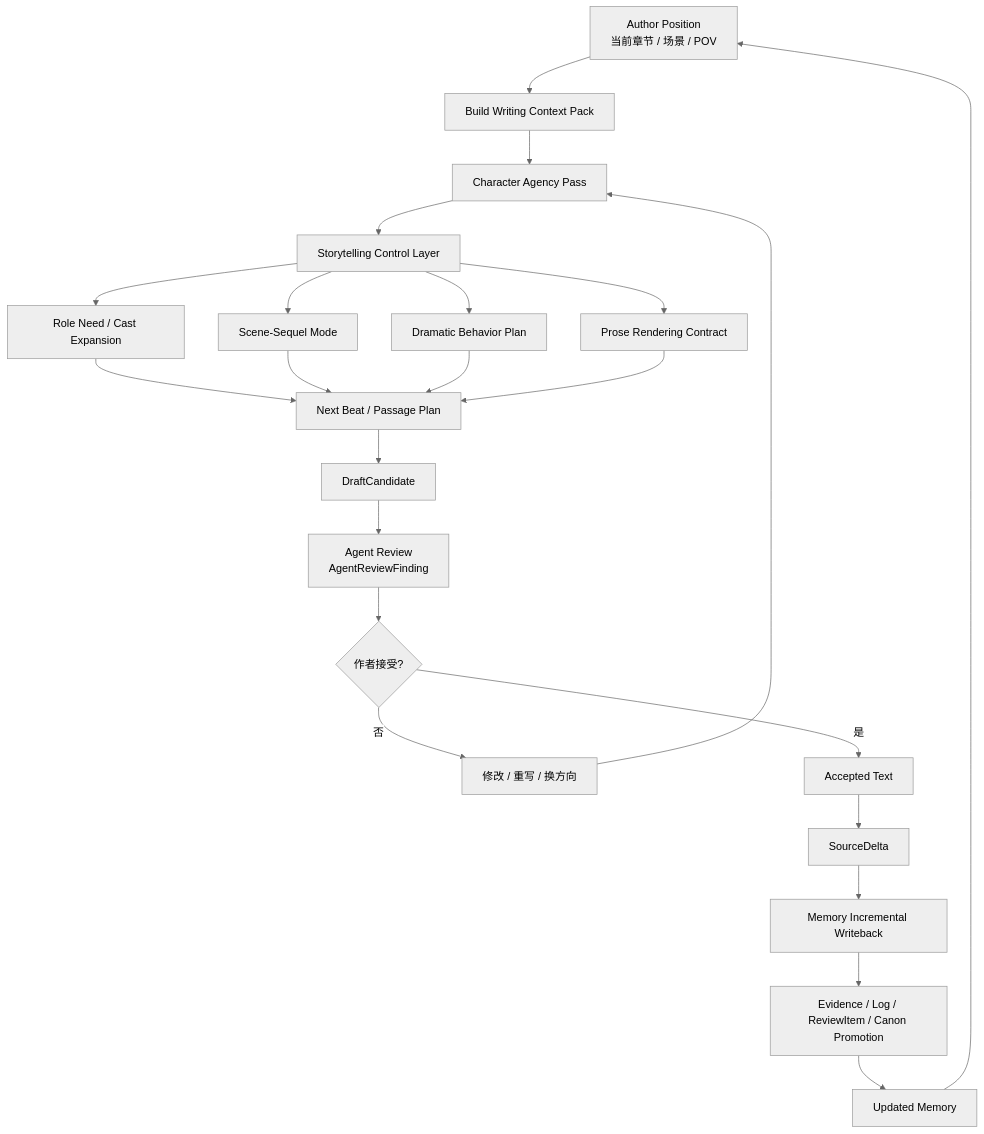
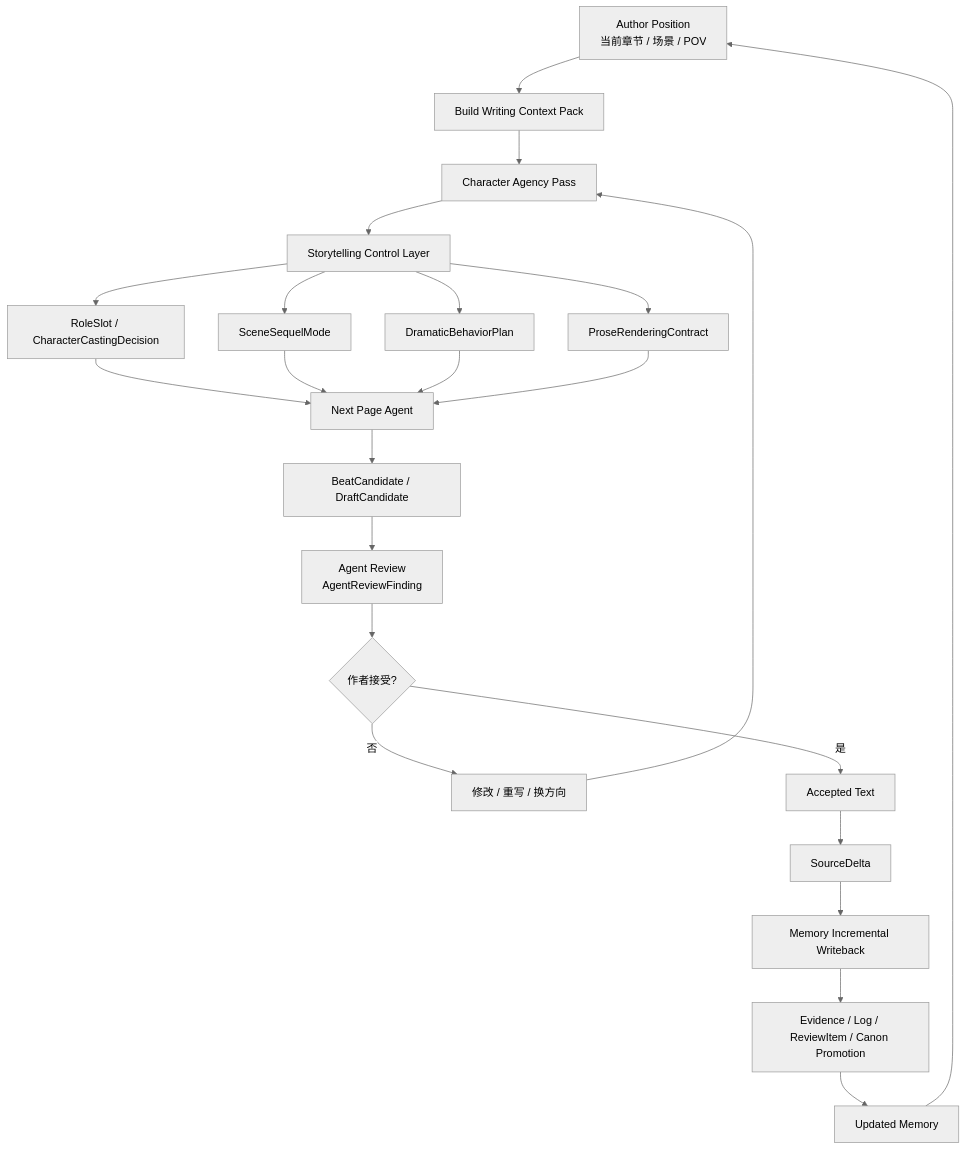
The first of 2 diagrams in AGENT_GOAL.md (FrankQDWang/sextantlabs), drawn with Mermaid (neutral theme) before and after one commit. The commit also changed other lines of this file, not shown here.

Commit message:
Clarify storytelling control ownership in agent goal

````diff
--- a/AGENT_GOAL.md
+++ b/AGENT_GOAL.md
@@ -41,25 +43,25 @@
 ```mermaid
 flowchart TD
     A[Author Position\n当前章节 / 场景 / POV] --> B[Build Writing Context Pack]
     B --> C[Character Agency Pass]
     C --> D[Storytelling Control Layer]
-    D --> E[Role Need / Cast Expansion]
-    D --> F[Scene-Sequel Mode]
-    D --> G[Dramatic Behavior Plan]
-    D --> H[Prose Rendering Contract]
-    E --> I[Next Beat / Passage Plan]
+    D --> E[RoleSlot / CharacterCastingDecision]
+    D --> F[SceneSequelMode]
+    D --> G[DramaticBehaviorPlan]
+    D --> H[ProseRenderingContract]
+    E --> I[Next Page Agent]
     F --> I
     G --> I
     H --> I
-    I --> J[DraftCandidate]
+    I --> J[BeatCandidate / DraftCandidate]
     J --> K[Agent Review\nAgentReviewFinding]
     K --> L{作者接受?}
     L -->|否| M[修改 / 重写 / 换方向]
     M --> C
     L -->|是| N[Accepted Text]
     N --> O[SourceDelta]
     O --> P[Memory Incremental Writeback]
     P --> Q[Evidence / Log / ReviewItem / Canon Promotion]
     Q --> R[Updated Memory]
     R --> A
 ```
````
